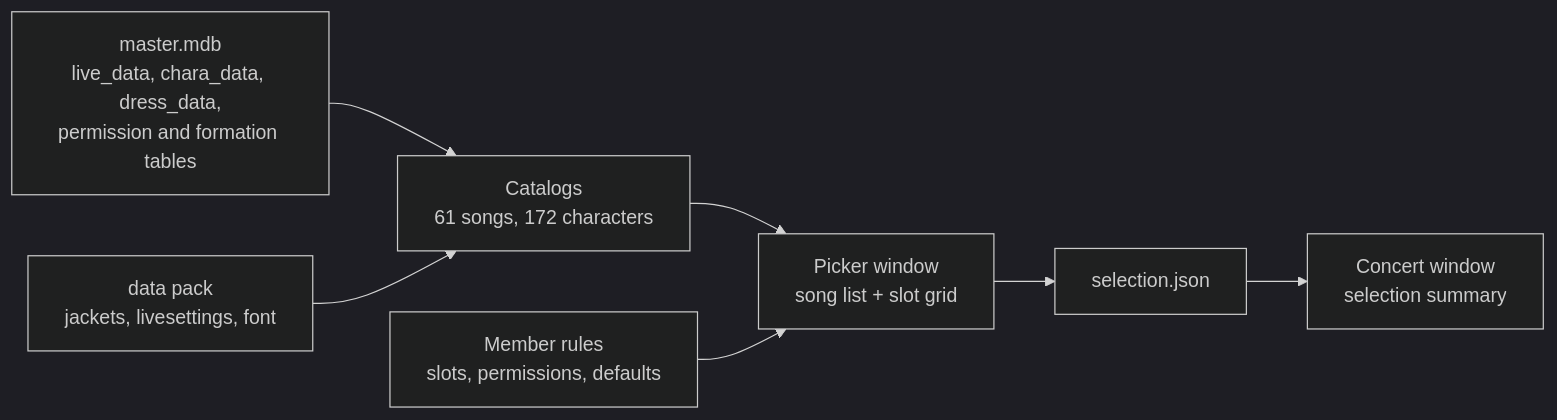
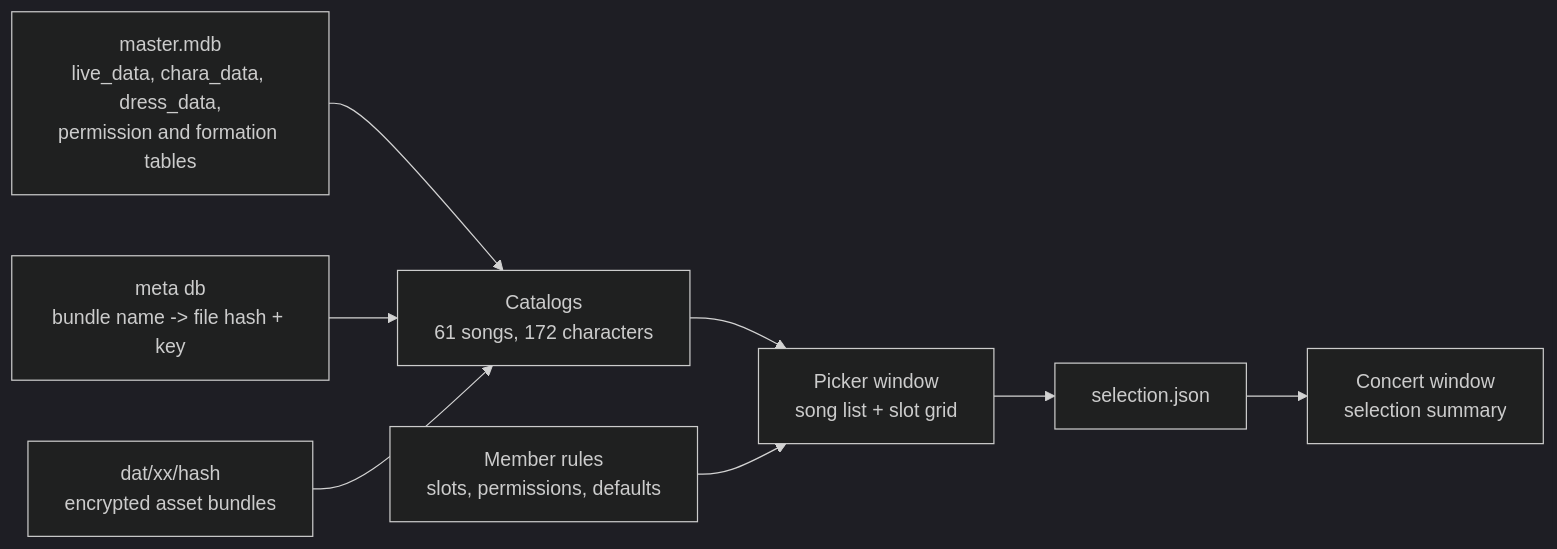
Before and after one commit to totallynotbrent/UV2: the diagram in README.md, drawn with Mermaid (dark theme). The commit also changed other lines of this file and 22 other files, not shown here.

Commit message:
read jackets and livesettings straight from the game install at runtime

````diff
--- a/README.md
+++ b/README.md
@@ -48,17 +47,19 @@
 ```mermaid
 flowchart LR
     master[master.mdb<br/>live_data, chara_data, dress_data,<br/>permission and formation tables]
-    pack[data pack<br/>jackets, livesettings, font]
+    meta[meta db<br/>bundle name -> file hash + key]
+    dat[dat/xx/hash<br/>encrypted asset bundles]
     catalog[Catalogs<br/>61 songs, 172 characters]
     rules[Member rules<br/>slots, permissions, defaults]
     picker[Picker window<br/>song list + slot grid]
     concert[Concert window<br/>selection summary]
     json[selection.json]
 
     master --> catalog
-    pack --> catalog
+    meta --> catalog
+    dat --> catalog
     catalog --> picker
     rules --> picker
     picker --> json
     json --> concert
 ```
````
